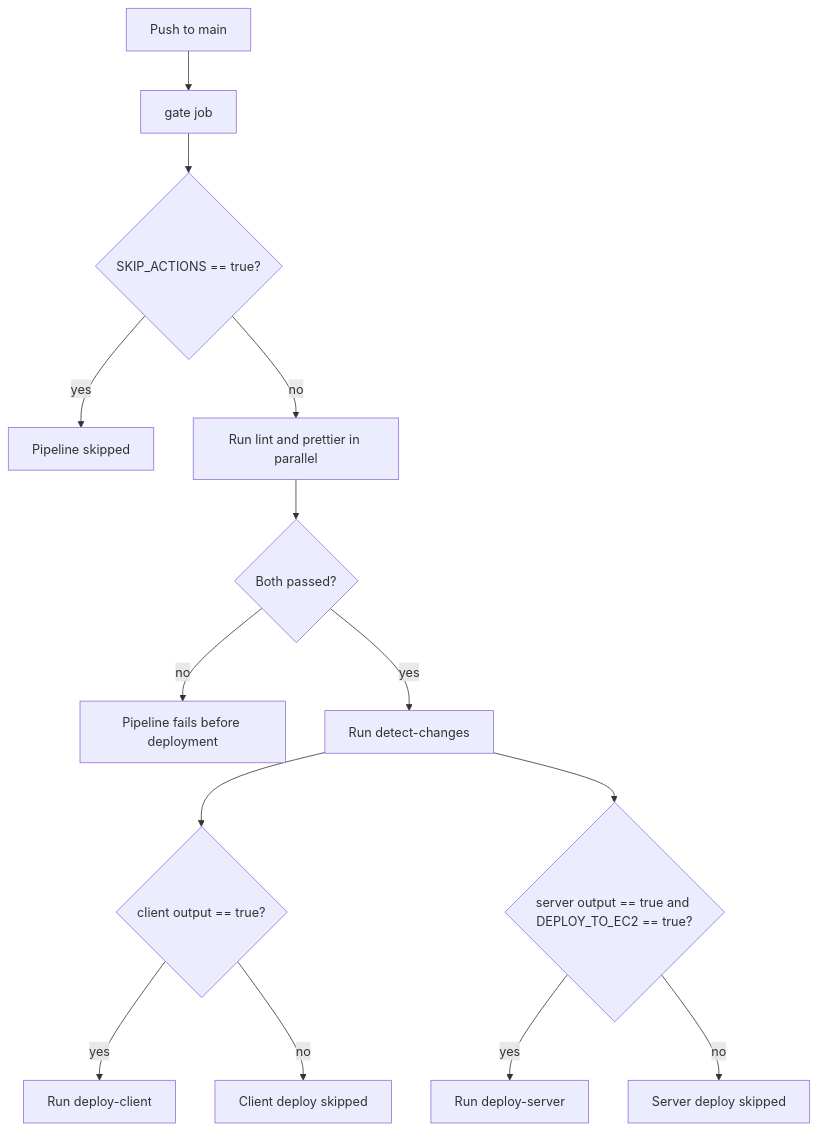
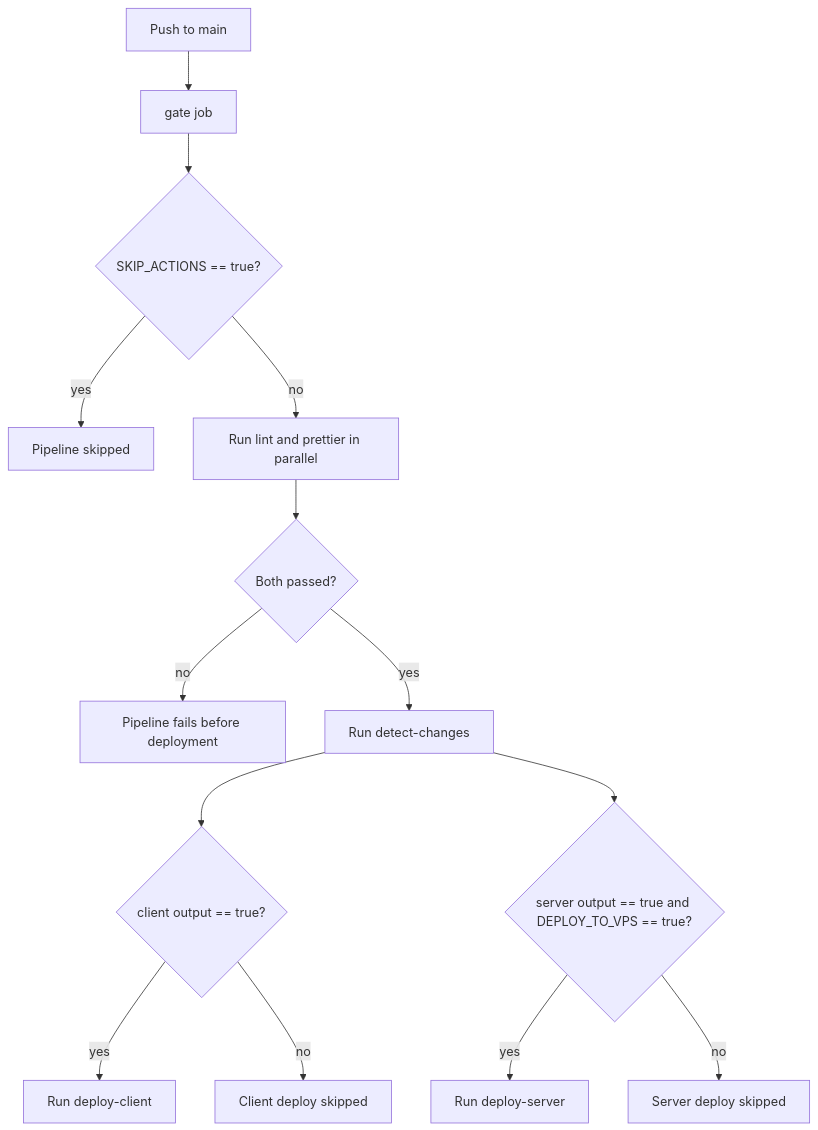
The third of 6 diagrams in docs/architecture/CI_CD_PIPELINE_ARCHITECTURE.md (IamDevTrivedi/Trimium), drawn with Mermaid before and after one commit. The commit also changed other lines of this file and 3 other files, not shown here.

````diff
--- a/docs/architecture/CI_CD_PIPELINE_ARCHITECTURE.md
+++ b/docs/architecture/CI_CD_PIPELINE_ARCHITECTURE.md
@@ -72,20 +72,20 @@
 ```mermaid
 flowchart TD
     A[Push to main] --> B[gate job]
     B --> C{SKIP_ACTIONS == true?}
     C -- yes --> D[Pipeline skipped]
     C -- no --> E[Run lint and prettier in parallel]
 
     E --> F{Both passed?}
     F -- no --> G[Pipeline fails before deployment]
     F -- yes --> H[Run detect-changes]
 
     H --> I{client output == true?}
-    H --> J{server output == true and DEPLOY_TO_EC2 == true?}
+    H --> J{server output == true and DEPLOY_TO_VPS == true?}
 
     I -- yes --> K[Run deploy-client]
     I -- no --> L[Client deploy skipped]
 
     J -- yes --> M[Run deploy-server]
     J -- no --> N[Server deploy skipped]
 ```
````
